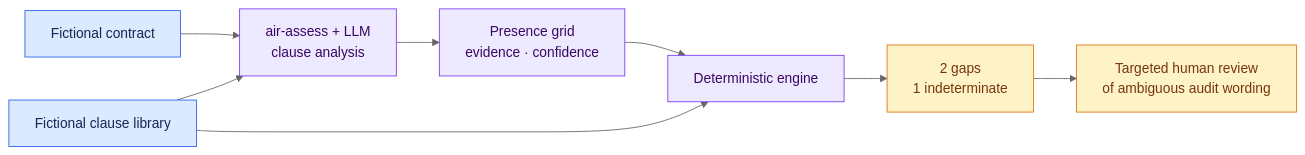
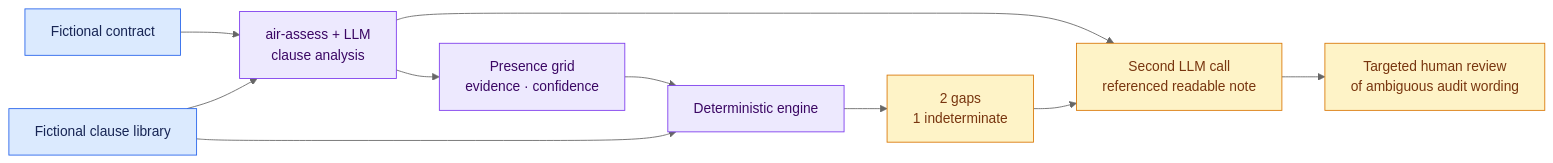
The diagram in examples/contract-review/README.md (NickChaps/Open-AIRS), drawn with Mermaid (neutral theme) before and after one commit. The commit also changed 58 other files, not shown here.

````diff
--- a/examples/contract-review/README.md
+++ b/examples/contract-review/README.md
@@ -10,17 +10,19 @@
 ```mermaid
 flowchart LR
     C["Fictional contract"] --> X["air-assess + LLM<br/>clause analysis"]
     L["Fictional clause library"] --> X
     X --> F["Presence grid<br/>evidence · confidence"]
     F --> E["Deterministic engine"]
     L --> E
     E --> R["2 gaps<br/>1 indeterminate"]
-    R --> H["Targeted human review<br/>of ambiguous audit wording"]
+    X --> N["Second LLM call<br/>referenced readable note"]
+    R --> N
+    N --> H["Targeted human review<br/>of ambiguous audit wording"]
 
     classDef source fill:#dbeafe,stroke:#2563eb,color:#172554
     classDef analysis fill:#ede9fe,stroke:#7c3aed,color:#3b0764
     classDef result fill:#fef3c7,stroke:#d97706,color:#78350f
     class C,L source
     class X,F,E analysis
-    class R,H result
+    class R,N,H result
 ```
````
